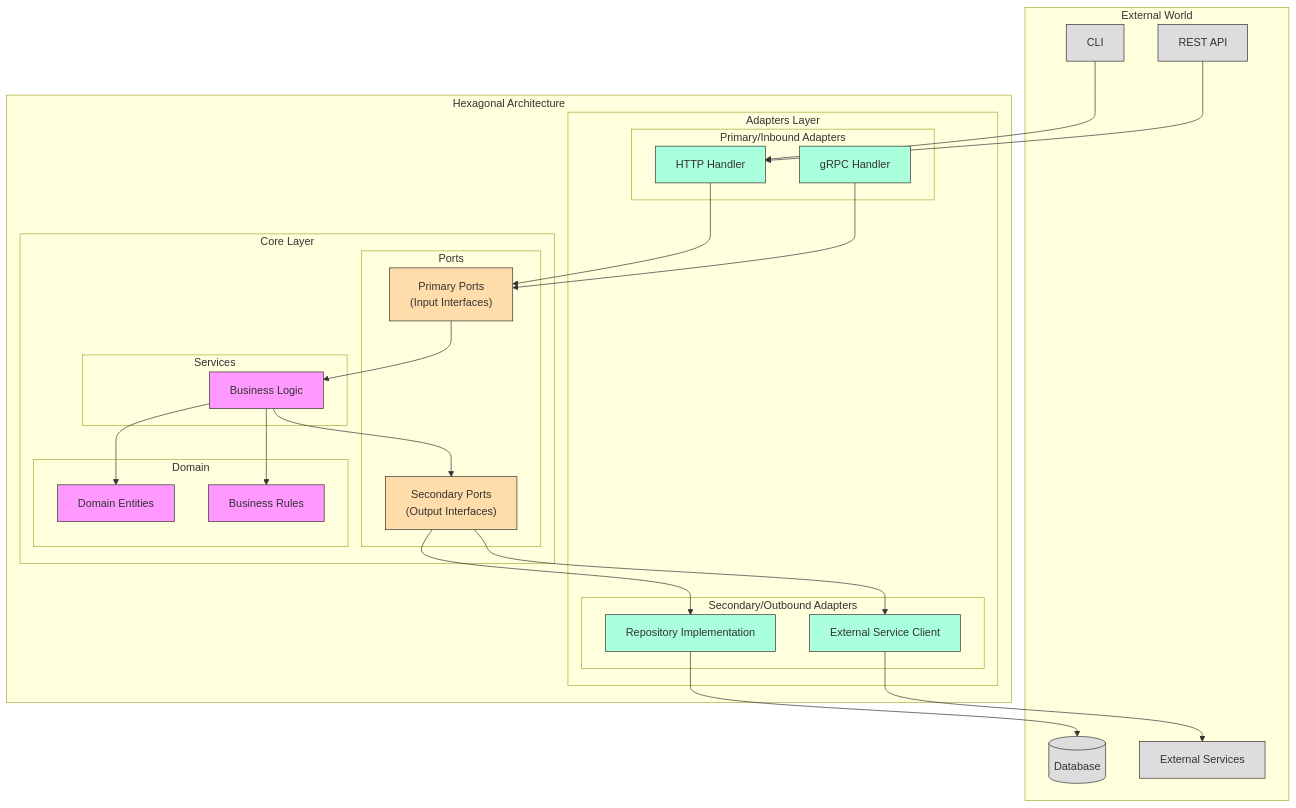
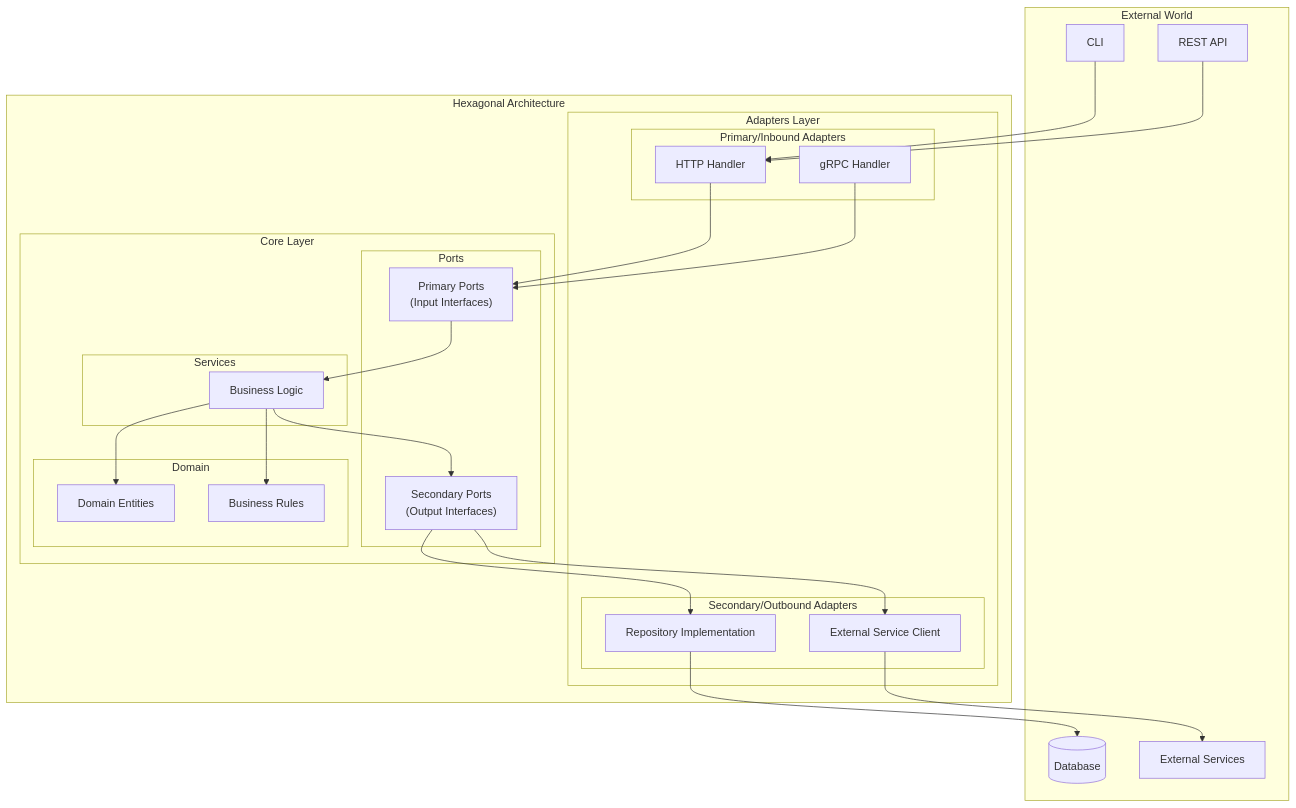
One commit to hashtagf/go-hexagonal-demo changed the first of 2 diagrams in DOCUMENTATION.md. Above: the diagram before and after it, drawn with Mermaid.

Commit message:
docs : update style diagram

````diff
--- a/DOCUMENTATION.md
+++ b/DOCUMENTATION.md
@@ -29,64 +29,59 @@
 ```mermaid
 graph TB
     subgraph External ["External World"]
         CLI["CLI"]
         REST["REST API"]
         DB[(Database)]
         ExtService["External Services"]
     end
 
     subgraph Hexagon ["Hexagonal Architecture"]
         subgraph Adapters ["Adapters Layer"]
             subgraph Primary ["Primary/Inbound Adapters"]
                 HTTP["HTTP Handler"]
                 GRPC["gRPC Handler"]
             end
 
             subgraph Secondary ["Secondary/Outbound Adapters"]
                 REPO["Repository Implementation"]
                 CLIENT["External Service Client"]
             end
         end
 
         subgraph Core ["Core Layer"]
             subgraph Ports ["Ports"]
                 IN["Primary Ports<br>(Input Interfaces)"]
                 OUT["Secondary Ports<br>(Output Interfaces)"]
             end
 
             subgraph Domain ["Domain"]
                 ENTITY["Domain Entities"]
                 RULES["Business Rules"]
             end
 
             subgraph Services ["Services"]
                 BL["Business Logic"]
             end
         end
     end
 
     %% Connections
     CLI --> HTTP
     REST --> HTTP
     HTTP --> IN
     GRPC --> IN
     IN --> BL
     BL --> ENTITY
     BL --> RULES
     BL --> OUT
     OUT --> REPO
     OUT --> CLIENT
     REPO --> DB
     CLIENT --> ExtService
 
-    %% Styling
-    classDef external fill:#ddd,stroke:#333,stroke-width:1px
-    classDef adapter fill:#afd,stroke:#333,stroke-width:1px
-    classDef core fill:#f9f,stroke:#333,stroke-width:1px
-    classDef port fill:#fda,stroke:#333,stroke-width:1px
 
     class CLI,REST,DB,ExtService external
     class HTTP,GRPC,REPO,CLIENT adapter
     class ENTITY,RULES,BL core
     class IN,OUT port
 ```
````
